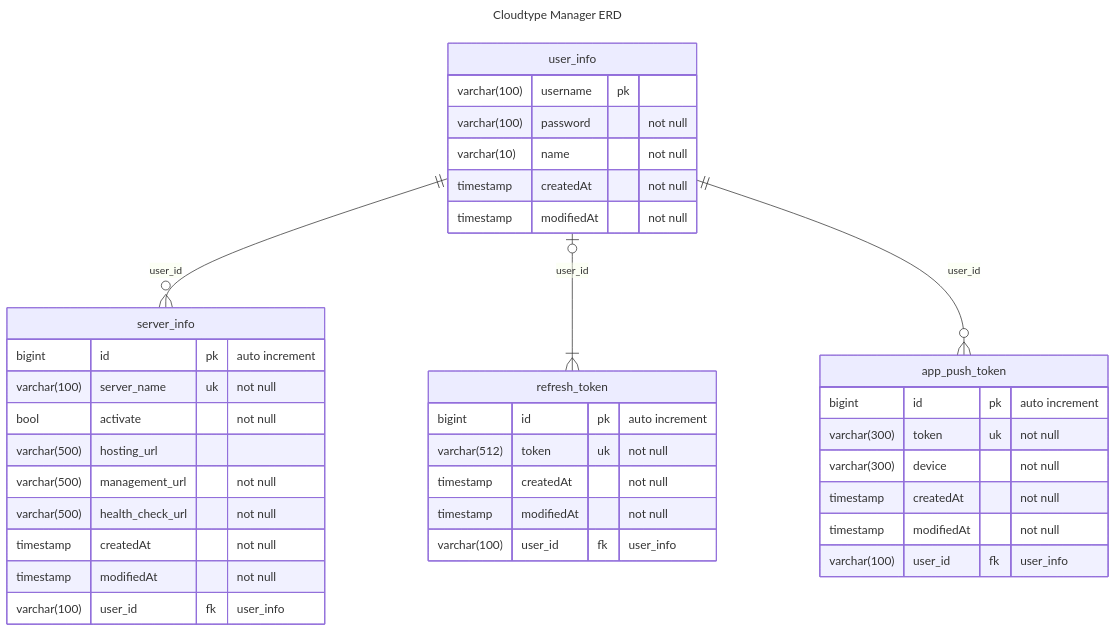
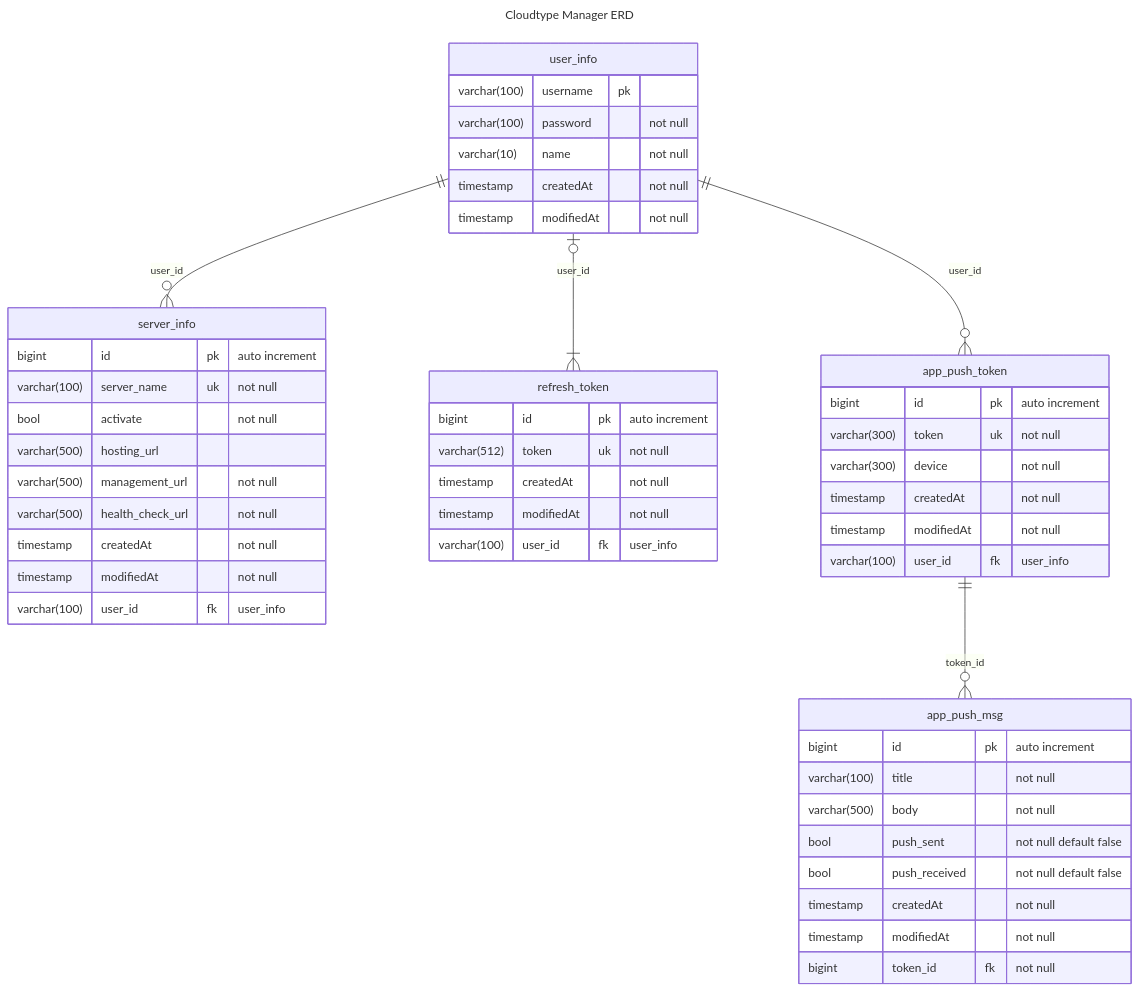
One commit to GuardJo/cloudtype-manager changed the diagram in cloudtype-manager-api/README.md. Above: the diagram before and after it, drawn with Mermaid. The commit also changed 1 other file, not shown here.

Commit message:
[BE] #70 푸시 메시지 관련 스키마 구성
- 푸시메시지 데이터 저장을 위한 푸시메시지 관련 테이블 정의 및 생성 쿼리 추가
- README 내 ERD 업데이트

````diff
--- a/cloudtype-manager-api/README.md
+++ b/cloudtype-manager-api/README.md
@@ -26,46 +26,59 @@
 ```mermaid
 ---
 title: Cloudtype Manager ERD
 ---
 erDiagram
     user_info {
 varchar(100) username pk
 varchar(100) password "not null"
 varchar(10) name "not null"
 timestamp createdAt "not null"
 timestamp modifiedAt "not null"
 }
 
 server_info {
 bigint id pk "auto increment"
 varchar(100) server_name uk "not null"
 bool activate "not null"
 varchar(500) hosting_url
 varchar(500) management_url "not null"
 varchar(500) health_check_url "not null"
 timestamp createdAt "not null"
 timestamp modifiedAt "not null"
 varchar(100) user_id fk "user_info"
 }
 
 refresh_token {
 bigint id pk "auto increment"
 varchar(512) token uk "not null"
 timestamp createdAt "not null"
 timestamp modifiedAt "not null"
 varchar(100) user_id fk "user_info"
 }
 
 app_push_token {
 bigint id pk "auto increment"
 varchar(300) token uk "not null"
 varchar(300) device "not null"
 timestamp createdAt "not null"
 timestamp modifiedAt "not null"
 varchar(100) user_id fk "user_info"
 }
 
+app_push_msg {
+bigint id pk "auto increment"
+varchar(100) title "not null"
+varchar(500) body "not null"
+bool push_sent "not null default false"
+bool push_received "not null default false"
+timestamp createdAt "not null"
+timestamp modifiedAt "not null"
+bigint token_id fk "not null"
+ }
+
 user_info ||--o{ server_info: "user_id"
 user_info o|--|{ refresh_token: "user_id"
 user_info ||--o{ app_push_token: "user_id"
+
+app_push_token ||--o{ app_push_msg: "token_id"
 ```
````
